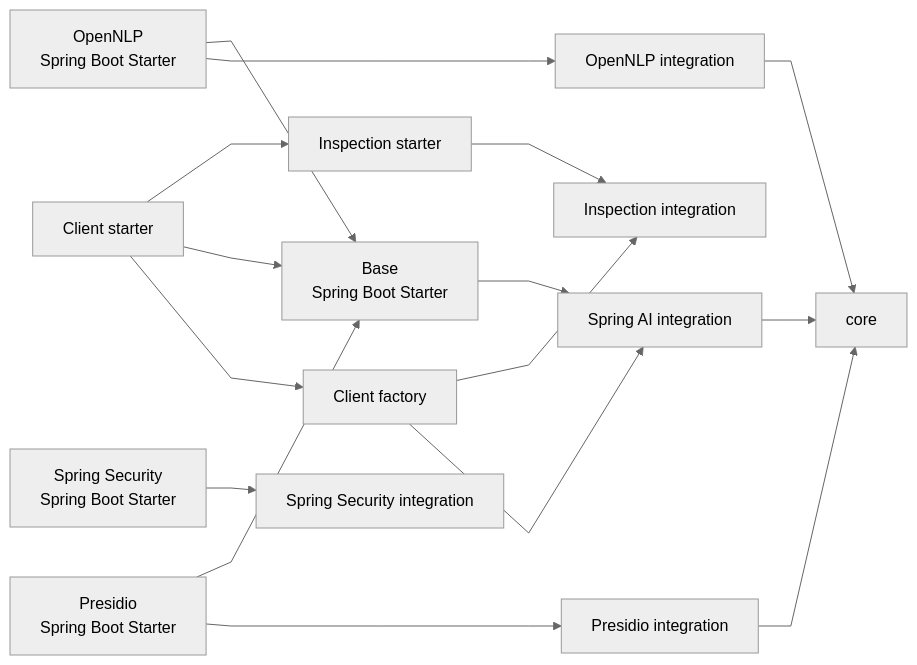
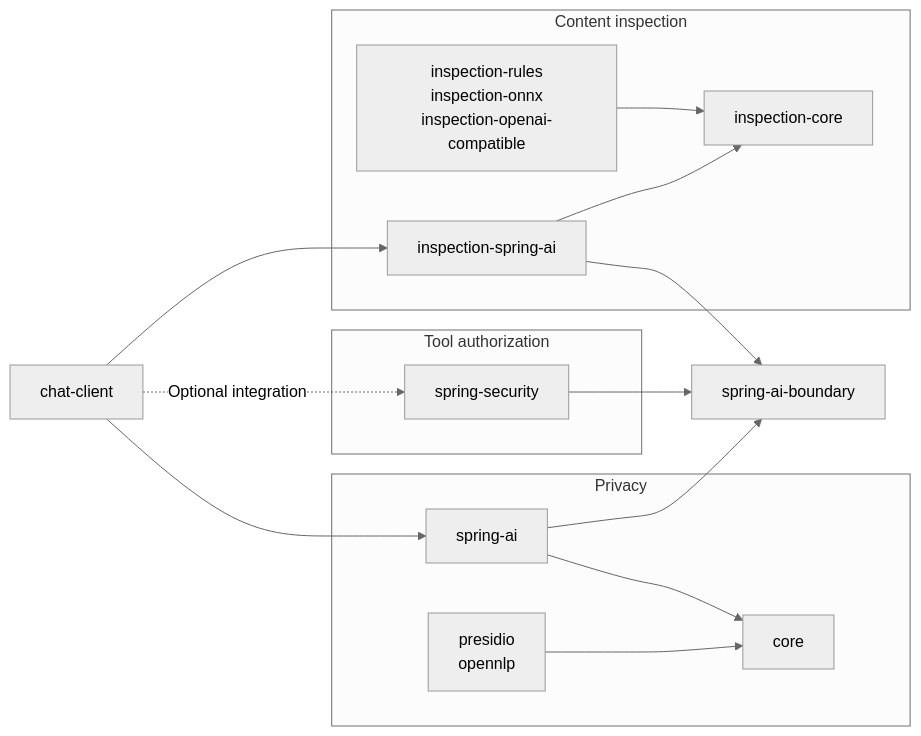
Before and after one commit to ultramancode/spring-ai-privacy-guardrails: the third of 5 diagrams in docs/architecture.md, drawn with Mermaid (neutral theme). The commit also changed other lines of this file and 51 other files, not shown here.

````diff
--- a/docs/architecture.md
+++ b/docs/architecture.md
@@ -53,24 +72,25 @@
 ```mermaid
-%%{init: {"flowchart": {"curve": "linear"}}}%%
 flowchart LR
-    CORE["core"]
-    CLIENT["Client factory"] --> SAI
-    CLIENT --> INSPECT["Inspection integration"]
-    CLIENTBOOT["Client starter"] --> CLIENT
-    CLIENTBOOT --> BASE
-    CLIENTBOOT --> INSPECTBOOT["Inspection starter"]
-    INSPECTBOOT --> INSPECT
+    CLIENT["chat-client"]
 
-    PRES["Presidio integration"] --> CORE
-    SAI["Spring AI integration"] --> CORE
-    OPEN["OpenNLP integration"] --> CORE
-    SEC["Spring Security integration"]
+    subgraph PRIVACY["Privacy"]
+        SAI["spring-ai"] --> CORE["core"]
+        ANALYZERS["presidio<br/>opennlp"] --> CORE
+    end
 
-    PRESBOOT["Presidio<br/>Spring Boot Starter"] --> PRES
-    BASE["Base<br/>Spring Boot Starter"] --> SAI
-    OPENBOOT["OpenNLP<br/>Spring Boot Starter"] --> OPEN
-    SECBOOT["Spring Security<br/>Spring Boot Starter"] --> SEC
+    subgraph SECURITY["Tool authorization"]
+        SEC["spring-security"]
+    end
 
-    PRESBOOT --> BASE
-    OPENBOOT --> BASE
+    subgraph INSPECTION["Content inspection"]
+        BACKENDS["inspection-rules<br/>inspection-onnx<br/>inspection-openai-compatible"] --> ICORE["inspection-core"]
+        ISA["inspection-spring-ai"] --> ICORE
+    end
+
+    CLIENT --> ISA
+    CLIENT --> SAI
+    CLIENT -. "Optional integration" .-> SEC
+    SAI --> BOUNDARY["spring-ai-boundary"]
+    SEC --> BOUNDARY
+    ISA --> BOUNDARY
 ```
````
